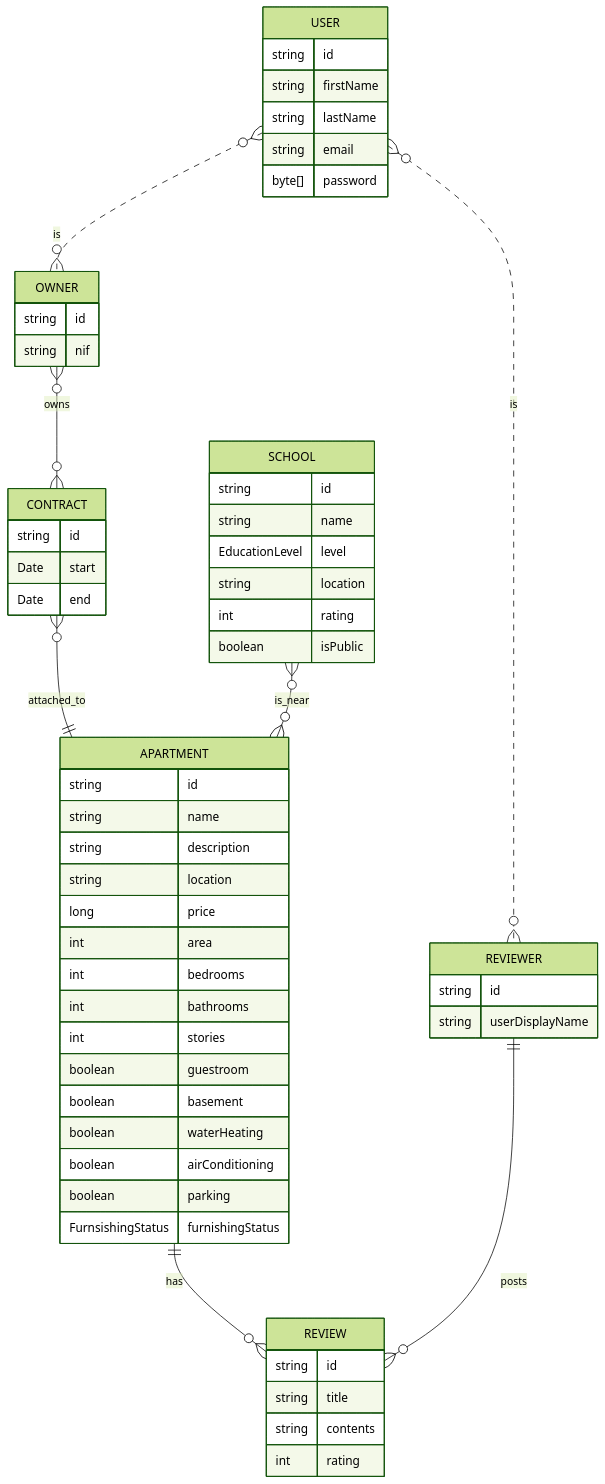
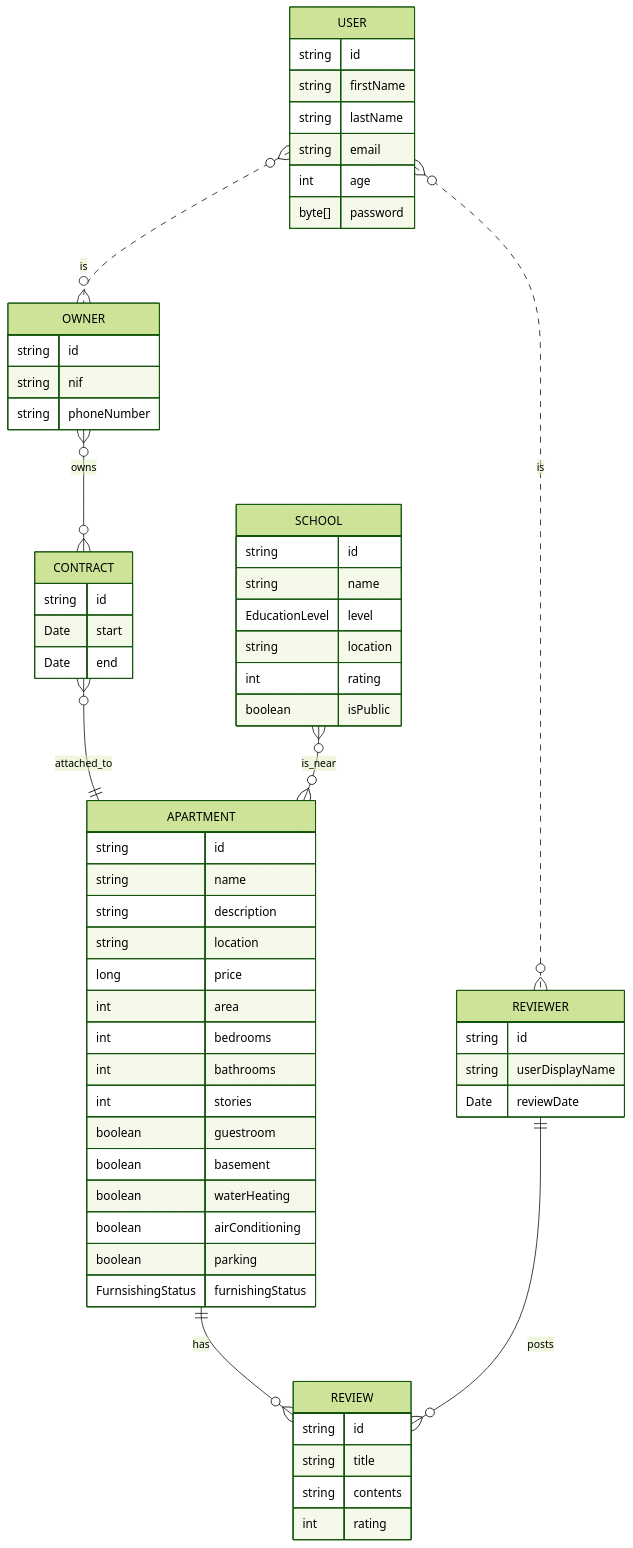
Before and after one commit to Decinco/ApartmentPredictor: the diagram in docs/LAB02.md, drawn with Mermaid (forest theme). The commit also changed other lines of this file and 58 other files, not shown here.

````diff
--- a/docs/LAB02.md
+++ b/docs/LAB02.md
@@ -11,62 +11,65 @@
 ```mermaid
 erDiagram
     OWNER }o--o{ CONTRACT : owns
     CONTRACT }o--|| APARTMENT : attached_to
     APARTMENT ||--o{ REVIEW : has
     REVIEWER ||--o{ REVIEW : posts
     SCHOOL }o--o{ APARTMENT : is_near
     USER }o..o{ REVIEWER: is
     USER }o..o{ OWNER: is
 
     APARTMENT {
         string id
         string name
         string description
         string location
         long price
         int area
         int bedrooms
         int bathrooms
         int stories
         boolean guestroom
         boolean basement
         boolean waterHeating
         boolean airConditioning
         boolean parking
         FurnsishingStatus furnishingStatus
     }
     OWNER {
         string id
         string nif
+        string phoneNumber
     }
     REVIEW {
         string id
         string title
         string contents
         int rating
     }
     REVIEWER {
         string id
         string userDisplayName
+        Date reviewDate
     }
     USER {
         string id
         string firstName
         string lastName
         string email
+        int age
         byte[] password
     }
     CONTRACT {
         string id
         Date start
         Date end
     }
     SCHOOL {
         string id
         string name
         EducationLevel level
         string location
         int rating
         boolean isPublic
     }
 ```
````
